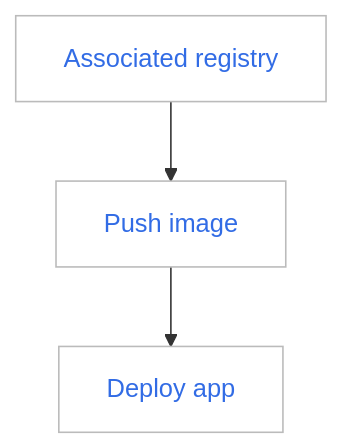
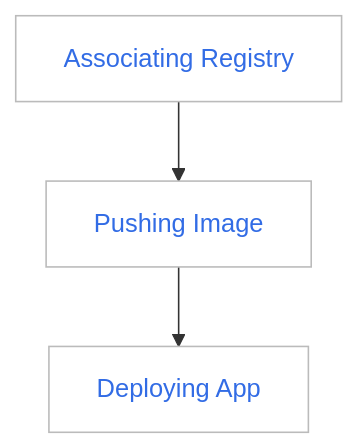
The diagram in docs/en/docs/kangaroo/quickstart/ws-admin-registry.md (DaoCloud/DaoCloud-docs), drawn with Mermaid before and after one commit. The commit also changed other lines of this file and 10 other files, not shown here.

````diff
--- a/docs/en/docs/kangaroo/quickstart/ws-admin-registry.md
+++ b/docs/en/docs/kangaroo/quickstart/ws-admin-registry.md
@@ -19,15 +19,15 @@
 ```mermaid
 graph TB
 
-associate[Associated registry] --> push[Push image] --> deploy[Deploy app]
+associate[Associating Registry] --> push[Pushing Image] --> deploy[Deploying App]
 
 classDef plain fill:#ddd,stroke:#fff,stroke-width:1px,color:#000;
 classDef k8s fill:#326ce5,stroke:#fff,stroke-width:1px,color:#fff;
 classDef cluster fill:#fff,stroke:#bbb,stroke-width:1px,color:#326ce5;
 
 class associate,push,deploy cluster;
 
 click associate "https://docs.daocloud.io/en/kangaroo/related-registry/"
 click push "https://docs.daocloud.io/en/kangaroo/quickstart/push/"
 click deploy "https://docs.daocloud.io/en/kpanda/user-guide/workloads/create-deployment/"
 ```
````
